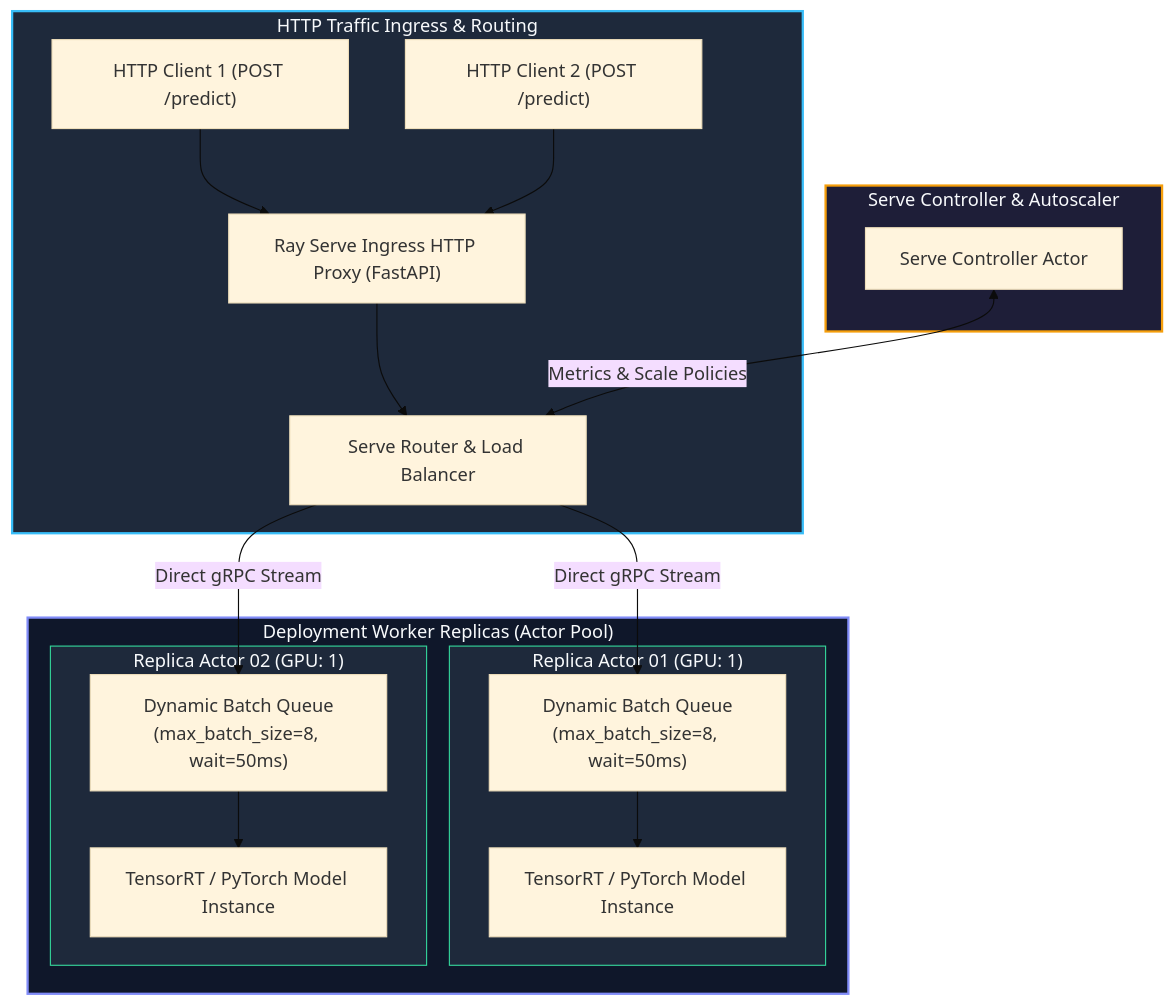
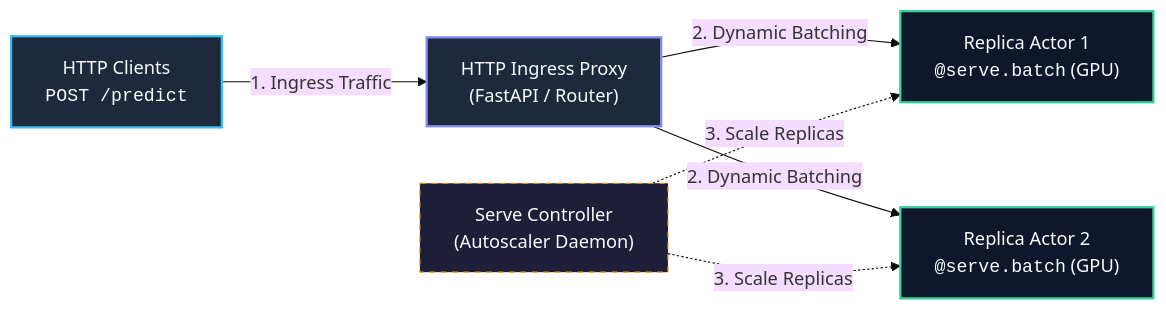
Before and after one commit to dnf0/raylings: the diagram in docs/guides/12-ray-serve.md, drawn with Mermaid (base theme). The commit also changed other lines of this file and 22 other files, not shown here.

Commit message:
docs: streamline mermaid diagrams and attach conceptual walkthroughs (#26)

````diff
--- a/docs/guides/12-ray-serve.md
+++ b/docs/guides/12-ray-serve.md
@@ -17,35 +17,14 @@
 ```mermaid
-flowchart TD
-    subgraph IngressPlane["HTTP Traffic Ingress & Routing"]
-        Client1["HTTP Client 1 (POST /predict)"] --> Proxy["Ray Serve Ingress HTTP Proxy (FastAPI)"]
-        Client2["HTTP Client 2 (POST /predict)"] --> Proxy
-        Proxy --> Router["Serve Router & Load Balancer"]
-    end
+flowchart LR
+    Clients["HTTP Clients<br/><code>POST /predict</code>"] -->|"1. Ingress Traffic"| Proxy["HTTP Ingress Proxy<br/>(FastAPI / Router)"]
+    Proxy -->|"2. Dynamic Batching"| Replica1["Replica Actor 1<br/><code>@serve.batch</code> (GPU)"]
+    Proxy -->|"2. Dynamic Batching"| Replica2["Replica Actor 2<br/><code>@serve.batch</code> (GPU)"]
+    Controller["Serve Controller<br/>(Autoscaler Daemon)"] -.->|"3. Scale Replicas"| Replica1
+    Controller -.->|"3. Scale Replicas"| Replica2
 
-    subgraph ControlPlane["Serve Controller & Autoscaler"]
-        Controller["Serve Controller Actor"] <-->|"Metrics & Scale Policies"| Router
-    end
-
-    subgraph DeploymentReplicas["Deployment Worker Replicas (Actor Pool)"]
-        subgraph Replica1["Replica Actor 01 (GPU: 1)"]
-            BatchQ1["Dynamic Batch Queue<br/>(max_batch_size=8, wait=50ms)"]
-            Model1["TensorRT / PyTorch Model Instance"]
-            BatchQ1 --> Model1
-        end
-
-        subgraph Replica2["Replica Actor 02 (GPU: 1)"]
-            BatchQ2["Dynamic Batch Queue<br/>(max_batch_size=8, wait=50ms)"]
-            Model2["TensorRT / PyTorch Model Instance"]
-            BatchQ2 --> Model2
-        end
-
-        Router -->|"Direct gRPC Stream"| BatchQ1
-        Router -->|"Direct gRPC Stream"| BatchQ2
-    end
-
-    style IngressPlane fill:#1e293b,stroke:#38bdf8,stroke-width:2px,color:#f8fafc
-    style ControlPlane fill:#1e1e38,stroke:#f59e0b,stroke-width:2px,color:#f8fafc
-    style DeploymentReplicas fill:#0f172a,stroke:#818cf8,stroke-width:2px,color:#f8fafc
-    style Replica1 fill:#1e293b,stroke:#34d399,stroke-width:1px,color:#f8fafc
-    style Replica2 fill:#1e293b,stroke:#34d399,stroke-width:1px,color:#f8fafc
+    style Clients fill:#1e293b,stroke:#38bdf8,stroke-width:2px,color:#f8fafc
+    style Proxy fill:#1e293b,stroke:#818cf8,stroke-width:2px,color:#f8fafc
+    style Replica1 fill:#0f172a,stroke:#34d399,stroke-width:2px,color:#f8fafc
+    style Replica2 fill:#0f172a,stroke:#34d399,stroke-width:2px,color:#f8fafc
+    style Controller fill:#1e1e38,stroke:#f59e0b,stroke-width:1px,stroke-dasharray: 5 5,color:#f8fafc
 ```
````
